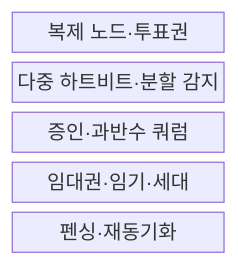
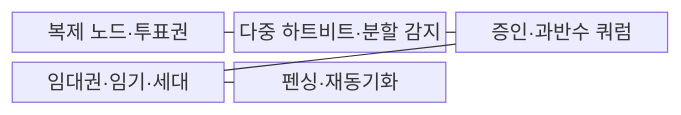
One commit to agnusdei1207/knowledge-base changed the first of 2 diagrams in src/content/docs/notes/06-evaluation/021_split_brain_quorum.md. Above: the diagram before and after it, drawn with Mermaid. The commit also changed other lines of this file and 53 other files, not shown here.

````diff
--- a/src/content/docs/notes/06-evaluation/021_split_brain_quorum.md
+++ b/src/content/docs/notes/06-evaluation/021_split_brain_quorum.md
@@ -60,9 +60,13 @@
 ```mermaid
 block-beta
-  columns 1
+  columns 3
   A["복제 노드·투표권"]
   B["다중 하트비트·분할 감지"]
   C["증인·과반수 쿼럼"]
   D["임대권·임기·세대"]
   E["펜싱·재동기화"]
+  A --- B
+  B --- C
+  C --- D
+  D --- E
 ```
````
